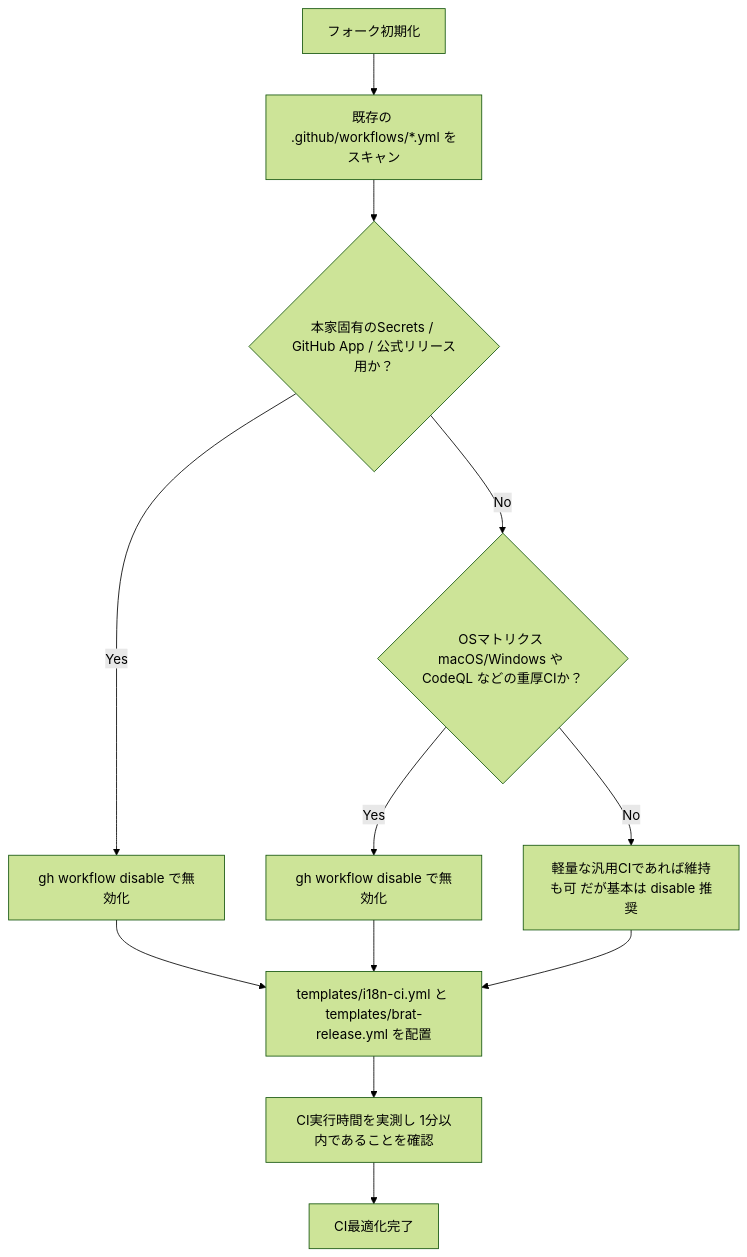
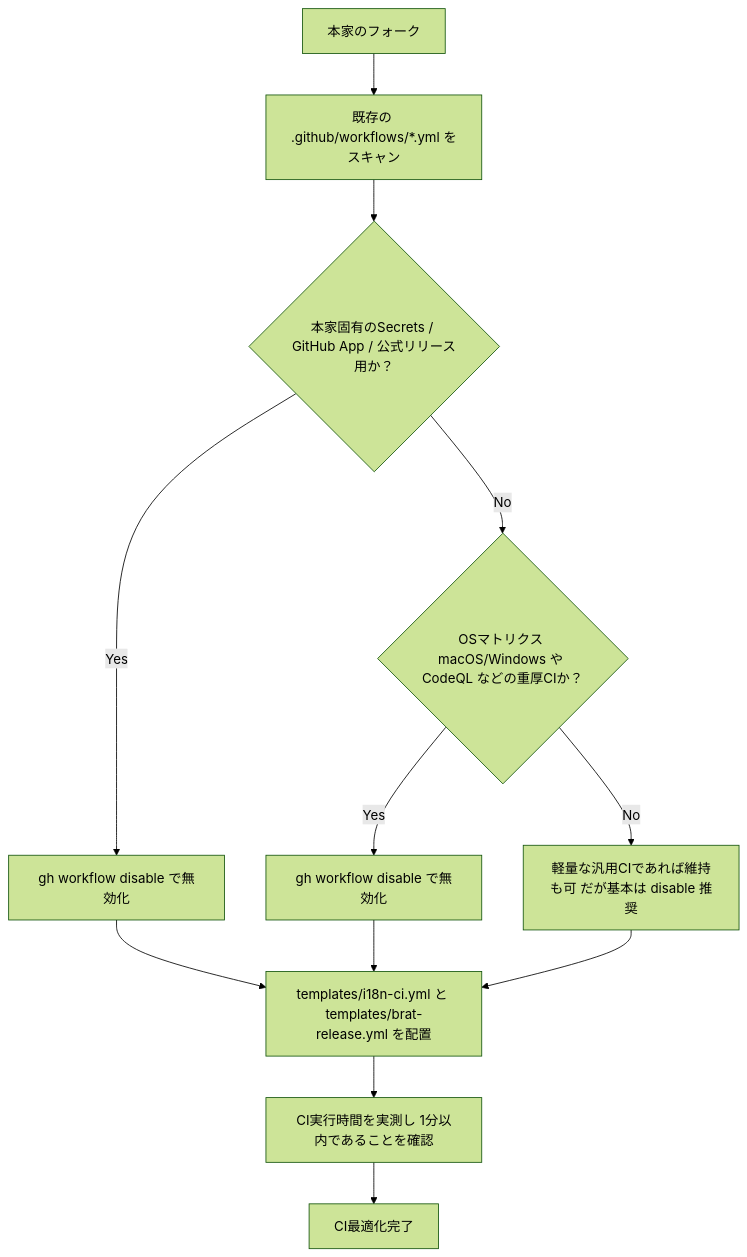
One commit to GennoBou/obsidian-i18n-ops changed the second of 2 diagrams in docs/ci-workflow-guidelines.md. Above: the diagram before and after it, drawn with Mermaid (forest theme). The commit also changed other lines of this file and 3 other files, not shown here.

````diff
--- a/docs/ci-workflow-guidelines.md
+++ b/docs/ci-workflow-guidelines.md
@@ -90,14 +109,14 @@
 ```mermaid
 flowchart TD
-    Start[フォーク初期化] --> Scan[既存の .github/workflows/*.yml をスキャン]
+    Start[本家のフォーク] --> Scan[既存の .github/workflows/*.yml をスキャン]
     Scan --> Check1{本家固有のSecrets / GitHub App / 公式リリース用か？}
     Check1 -- Yes --> Dis1[gh workflow disable で無効化]
     Check1 -- No --> Check2{OSマトリクス macOS/Windows や CodeQL などの重厚CIか？}
     Check2 -- Yes --> Dis2[gh workflow disable で無効化]
     Check2 -- No --> Keep[軽量な汎用CIであれば維持も可 だが基本は disable 推奨]
     Dis1 --> Deploy
     Dis2 --> Deploy
     Keep --> Deploy[templates/i18n-ci.yml と templates/brat-release.yml を配置]
     Deploy --> Measure[CI実行時間を実測し 1分以内であることを確認]
     Measure --> End[CI最適化完了]
 ```
````
